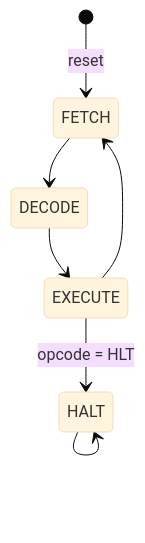
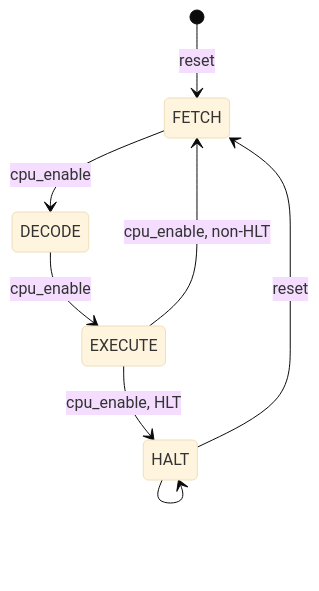
The second of 2 diagrams in README.md (swaritt2/tiny4), drawn with Mermaid (base theme) before and after one commit. The commit also changed other lines of this file, not shown here.

````diff
--- a/README.md
+++ b/README.md
@@ -79,9 +78,10 @@
 ```mermaid
 stateDiagram-v2
     [*] --> FETCH : reset
-    FETCH --> DECODE
-    DECODE --> EXECUTE
-    EXECUTE --> FETCH
-    EXECUTE --> HALT : opcode = HLT
+    FETCH --> DECODE : cpu_enable
+    DECODE --> EXECUTE : cpu_enable
+    EXECUTE --> FETCH : cpu_enable, non-HLT
+    EXECUTE --> HALT : cpu_enable, HLT
     HALT --> HALT
+    HALT --> FETCH : reset
 ```
````
